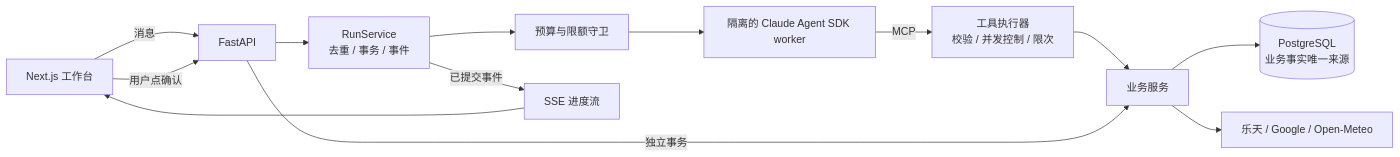
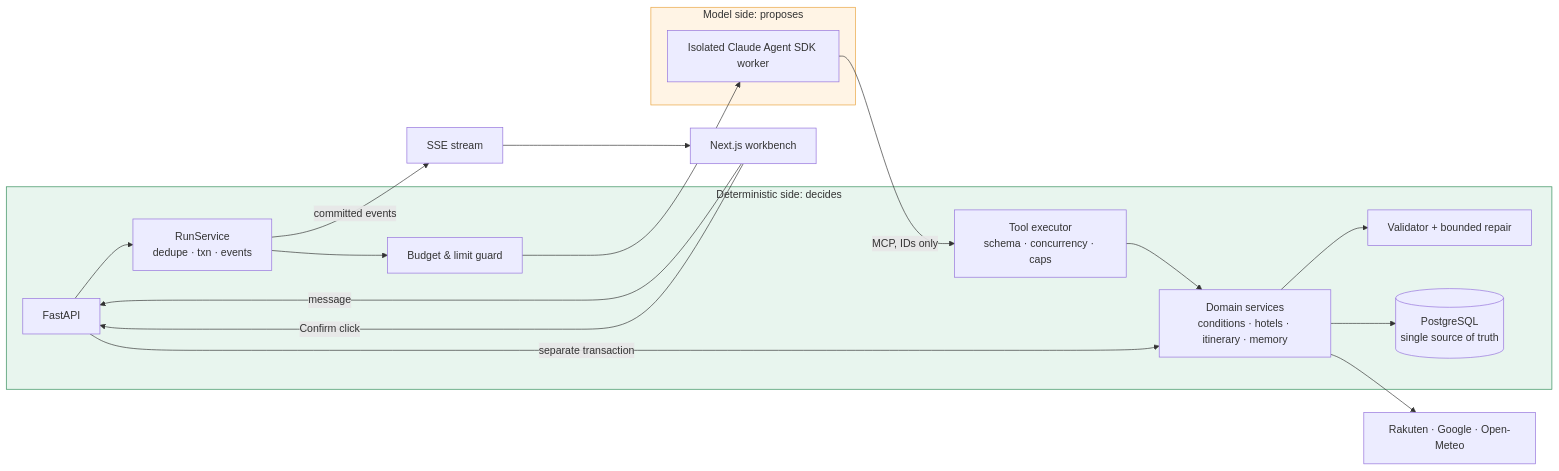
Before and after one commit to Cookie0103/travel_agent: the diagram in README.md, drawn with Mermaid. The commit also changed other lines of this file and 6 other files, not shown here.

````diff
--- a/README.md
+++ b/README.md
@@ -15,13 +61,25 @@
 ```mermaid
 flowchart LR
-    U[Next.js 工作台] -->|消息| API[FastAPI]
-    API --> RS[RunService<br/>去重 / 事务 / 事件]
-    RS --> G[预算与限额守卫]
-    G --> W[隔离的 Claude Agent SDK worker]
-    W -->|MCP| TE[工具执行器<br/>校验 / 并发控制 / 限次]
-    TE --> SV[业务服务]
-    SV --> PG[(PostgreSQL<br/>业务事实唯一来源)]
-    SV --> EX[乐天 / Google / Open-Meteo]
-    U -->|用户点确认| API -->|独立事务| SV
-    RS -->|已提交事件| SSE[SSE 进度流] --> U
+    subgraph Model["Model side: proposes"]
+        W[Isolated Claude Agent SDK worker]
+    end
+    subgraph Code["Deterministic side: decides"]
+        API[FastAPI] --> RS[RunService<br/>dedupe · txn · events]
+        RS --> G[Budget & limit guard]
+        TE[Tool executor<br/>schema · concurrency · caps]
+        SV[Domain services<br/>conditions · hotels · itinerary · memory]
+        V[Validator + bounded repair]
+        PG[(PostgreSQL<br/>single source of truth)]
+    end
+    U[Next.js workbench] -->|message| API
+    G --> W
+    W -->|MCP, IDs only| TE --> SV
+    SV --> V
+    SV --> PG
+    SV --> EX[Rakuten · Google · Open-Meteo]
+    U -->|Confirm click| API -->|separate transaction| SV
+    RS -->|committed events| SSE[SSE stream] --> U
+
+    style Model fill:#fff4e5,stroke:#e8a33d
+    style Code fill:#e8f5ee,stroke:#2e8b57
 ```
````
